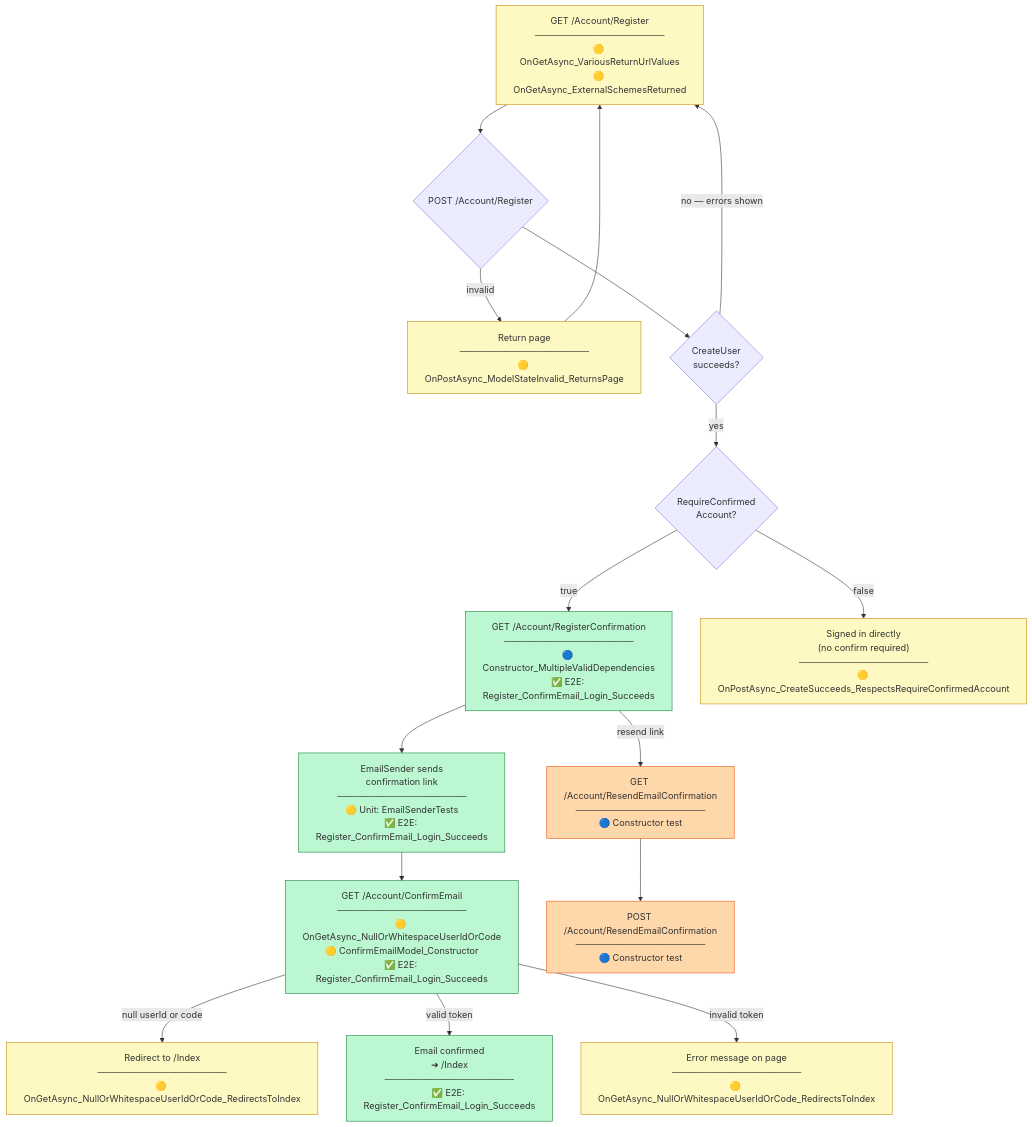
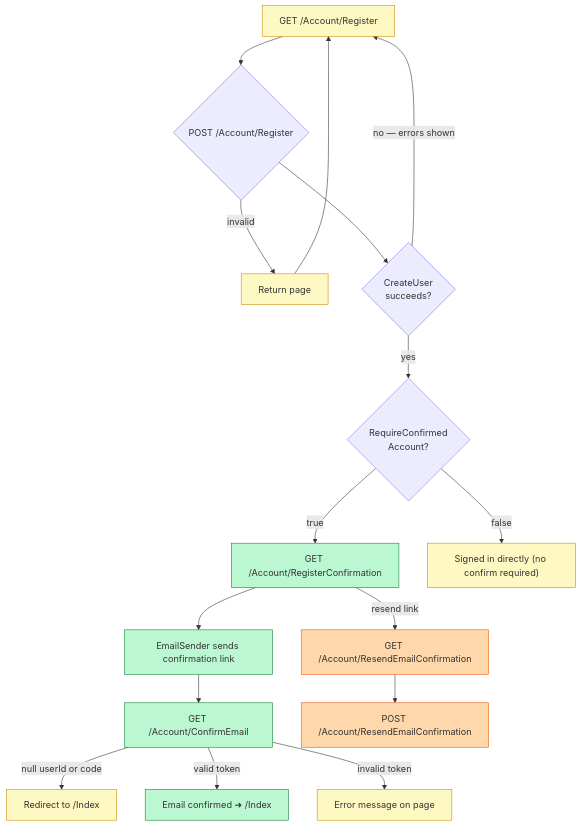
Before and after one commit to crgolden/Identity: the second of 16 diagrams in TESTING.md, drawn with Mermaid. The commit also changed other lines of this file and 15 other files, not shown here.

````diff
--- a/TESTING.md
+++ b/TESTING.md
@@ -103,51 +106,51 @@
 ```mermaid
 flowchart TD
     classDef covered fill:#bbf7d0,stroke:#15803d
     classDef unitOnly fill:#fef9c3,stroke:#ca8a04
     classDef partial fill:#fed7aa,stroke:#ea580c
     classDef noTest fill:#fee2e2,stroke:#dc2626
 
-    RegisterGET["GET /Account/Register\n────────────────────\n🟡 OnGetAsync_VariousReturnUrlValues\n🟡 OnGetAsync_ExternalSchemesReturned"]:::unitOnly
+    RegisterGET["GET /Account/Register"]:::unitOnly
 
     RegisterPOST{"POST /Account/Register"}
 
-    InvalidModel["Return page\n────────────────────\n🟡 OnPostAsync_ModelStateInvalid_ReturnsPage"]:::unitOnly
+    InvalidModel["Return page"]:::unitOnly
 
     CreateUser{"CreateUser\nsucceeds?"}
 
     RequireConfirm{"RequireConfirmed\nAccount?"}
 
-    RegConfirm["GET /Account/RegisterConfirmation\n────────────────────\n🔵 Constructor_MultipleValidDependencies\n✅ E2E: Register_ConfirmEmail_Login_Succeeds"]:::covered
+    RegConfirm["GET /Account/RegisterConfirmation"]:::covered
 
-    EmailSent["EmailSender sends\nconfirmation link\n────────────────────\n🟡 Unit: EmailSenderTests\n✅ E2E: Register_ConfirmEmail_Login_Succeeds"]:::covered
+    EmailSent["EmailSender sends confirmation link"]:::covered
 
-    SignInDirect["Signed in directly\n(no confirm required)\n────────────────────\n🟡 OnPostAsync_CreateSucceeds_RespectsRequireConfirmedAccount"]:::unitOnly
+    SignInDirect["Signed in directly (no confirm required)"]:::unitOnly
 
-    ConfirmEmailGET["GET /Account/ConfirmEmail\n────────────────────\n🟡 OnGetAsync_NullOrWhitespaceUserIdOrCode\n🟡 ConfirmEmailModel_Constructor\n✅ E2E: Register_ConfirmEmail_Login_Succeeds"]:::covered
+    ConfirmEmailGET["GET /Account/ConfirmEmail"]:::covered
 
-    ConfirmSuccess["Email confirmed\n➜ /Index\n────────────────────\n✅ E2E: Register_ConfirmEmail_Login_Succeeds"]:::covered
+    ConfirmSuccess["Email confirmed ➜ /Index"]:::covered
 
-    ConfirmFail["Error message on page\n────────────────────\n🟡 OnGetAsync_NullOrWhitespaceUserIdOrCode_RedirectsToIndex"]:::unitOnly
+    ConfirmFail["Error message on page"]:::unitOnly
 
-    NullParams["Redirect to /Index\n────────────────────\n🟡 OnGetAsync_NullOrWhitespaceUserIdOrCode_RedirectsToIndex"]:::unitOnly
+    NullParams["Redirect to /Index"]:::unitOnly
 
-    ResendGET["GET /Account/ResendEmailConfirmation\n────────────────────\n🔵 Constructor test"]:::partial
+    ResendGET["GET /Account/ResendEmailConfirmation"]:::partial
 
-    ResendPOST["POST /Account/ResendEmailConfirmation\n────────────────────\n🔵 Constructor test"]:::partial
+    ResendPOST["POST /Account/ResendEmailConfirmation"]:::partial
 
     RegisterGET --> RegisterPOST
     RegisterPOST -->|"invalid"| InvalidModel
     InvalidModel --> RegisterGET
     RegisterPOST --> CreateUser
     CreateUser -->|"yes"| RequireConfirm
     CreateUser -->|"no — errors shown"| RegisterGET
     RequireConfirm -->|"true"| RegConfirm
     RequireConfirm -->|"false"| SignInDirect
     RegConfirm --> EmailSent
     EmailSent --> ConfirmEmailGET
     ConfirmEmailGET -->|"null userId or code"| NullParams
     ConfirmEmailGET -->|"valid token"| ConfirmSuccess
     ConfirmEmailGET -->|"invalid token"| ConfirmFail
     RegConfirm -->|"resend link"| ResendGET
     ResendGET --> ResendPOST
 ```
````
